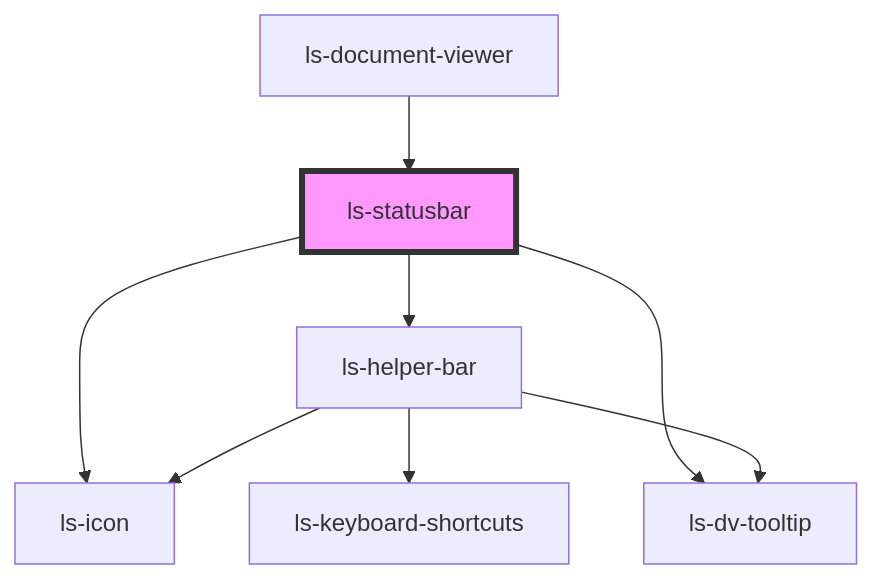
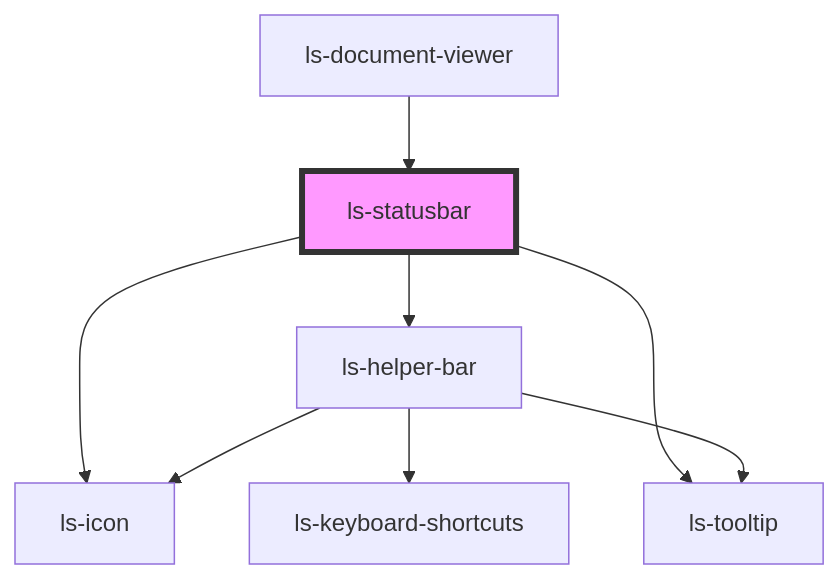
One commit to legalesign/ls-document-viewer changed the diagram in src/components/ls-statusbar/readme.md. Above: the diagram before and after it, drawn with Mermaid. The commit also changed other lines of this file and 52 other files, not shown here.

````diff
--- a/src/components/ls-statusbar/readme.md
+++ b/src/components/ls-statusbar/readme.md
@@ -31,11 +31,11 @@
 ```mermaid
 graph TD;
   ls-statusbar --> ls-icon
   ls-statusbar --> ls-helper-bar
-  ls-statusbar --> ls-dv-tooltip
+  ls-statusbar --> ls-tooltip
   ls-helper-bar --> ls-keyboard-shortcuts
   ls-helper-bar --> ls-icon
-  ls-helper-bar --> ls-dv-tooltip
+  ls-helper-bar --> ls-tooltip
   ls-document-viewer --> ls-statusbar
   style ls-statusbar fill:#f9f,stroke:#333,stroke-width:4px
 ```
````
